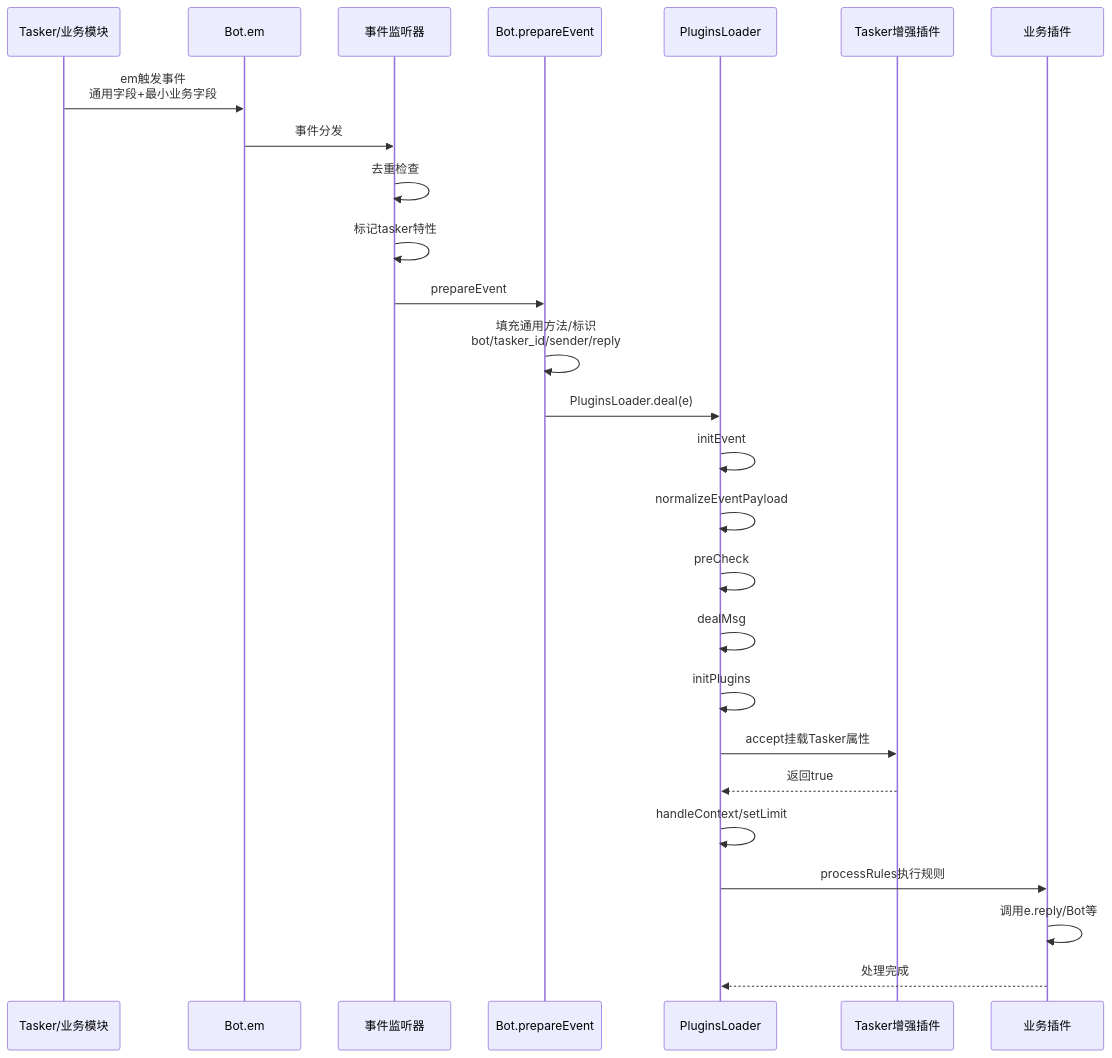
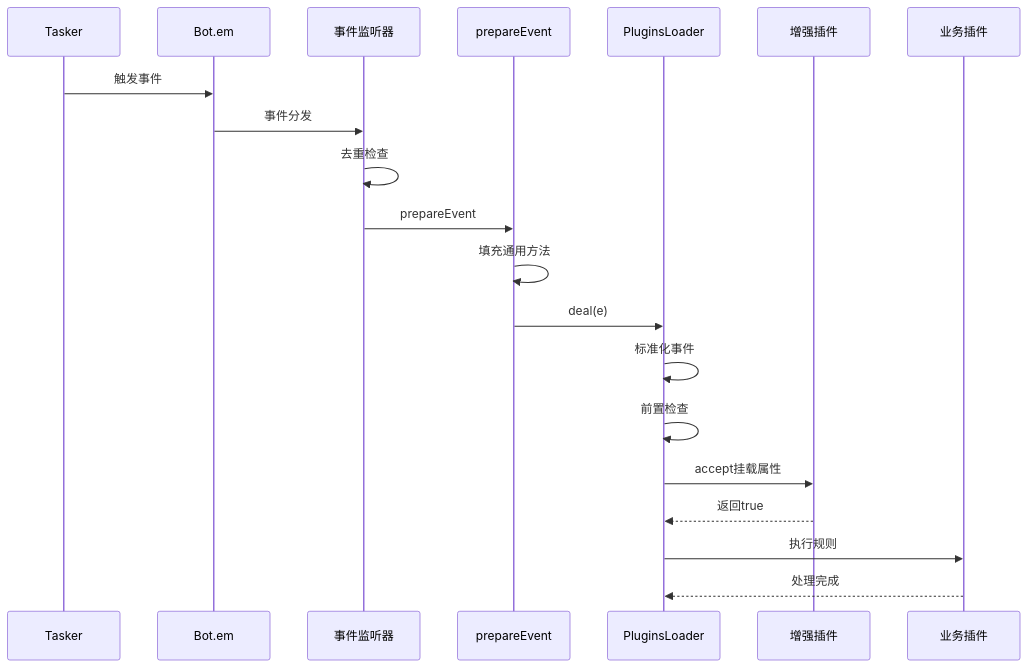
One commit to sunflowermm/XRK-AGT changed the third of 4 diagrams in docs/事件系统标准化文档.md. Above: the diagram before and after it, drawn with Mermaid. The commit also changed other lines of this file and 19 other files, not shown here.

````diff
--- a/docs/事件系统标准化文档.md
+++ b/docs/事件系统标准化文档.md
@@ -93,29 +93,23 @@
 ```mermaid
 sequenceDiagram
-    participant Tasker as Tasker/业务模块
+    participant Tasker as Tasker
     participant Bot as Bot.em
     participant Listener as 事件监听器
-    participant Prepare as Bot.prepareEvent
+    participant Prepare as prepareEvent
     participant Loader as PluginsLoader
-    participant Enhancer as Tasker增强插件
+    participant Enhancer as 增强插件
     participant Plugin as 业务插件
     
-    Tasker->>Bot: em触发事件<br/>通用字段+最小业务字段
+    Tasker->>Bot: 触发事件
     Bot->>Listener: 事件分发
     Listener->>Listener: 去重检查
-    Listener->>Listener: 标记tasker特性
     Listener->>Prepare: prepareEvent
-    Prepare->>Prepare: 填充通用方法/标识<br/>bot/tasker_id/sender/reply
-    Prepare->>Loader: PluginsLoader.deal(e)
-    Loader->>Loader: initEvent
-    Loader->>Loader: normalizeEventPayload
-    Loader->>Loader: preCheck
-    Loader->>Loader: dealMsg
-    Loader->>Loader: initPlugins
-    Loader->>Enhancer: accept挂载Tasker属性
+    Prepare->>Prepare: 填充通用方法
+    Prepare->>Loader: deal(e)
+    Loader->>Loader: 标准化事件
+    Loader->>Loader: 前置检查
+    Loader->>Enhancer: accept挂载属性
     Enhancer-->>Loader: 返回true
-    Loader->>Loader: handleContext/setLimit
-    Loader->>Plugin: processRules执行规则
-    Plugin->>Plugin: 调用e.reply/Bot等
+    Loader->>Plugin: 执行规则
     Plugin-->>Loader: 处理完成
 ```
````
